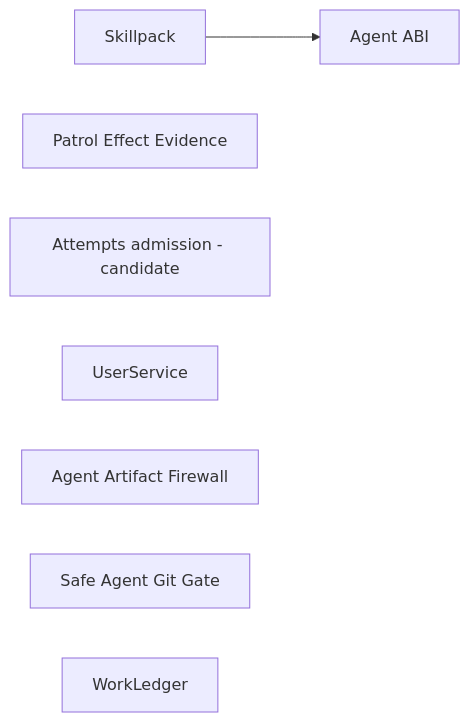
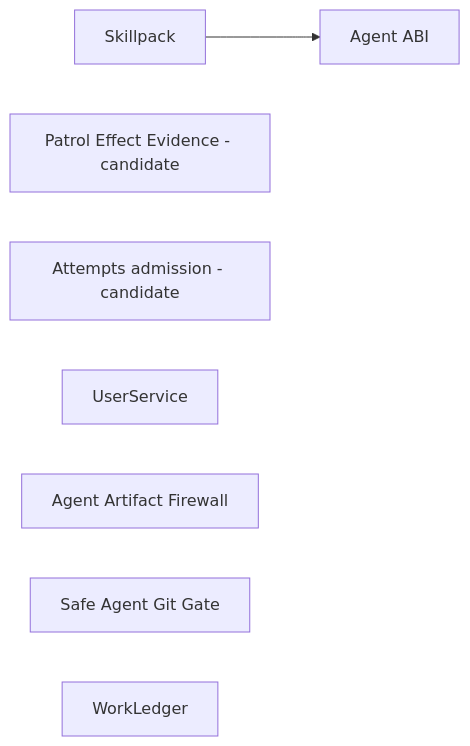
One commit to ivankuznetsov/hive changed the diagram in wiki/component-boundaries.md. Above: the diagram before and after it, drawn with Mermaid. The commit also changed other lines of this file and 88 other files, not shown here.

Commit message:
Harden Patrol effect recovery architecture

````diff
--- a/wiki/component-boundaries.md
+++ b/wiki/component-boundaries.md
@@ -46,10 +47,10 @@
 ```mermaid
 flowchart LR
   skillpack[Skillpack] --> agent_abi[Agent ABI]
-  patrol_effects[Patrol Effect Evidence]
+  patrol_effects[Patrol Effect Evidence - candidate]
   attempts[Attempts admission - candidate]
   user_service[UserService]
   artifact_firewall[Agent Artifact Firewall]
   git_gate[Safe Agent Git Gate]
   work_ledger[WorkLedger]
 ```
````
